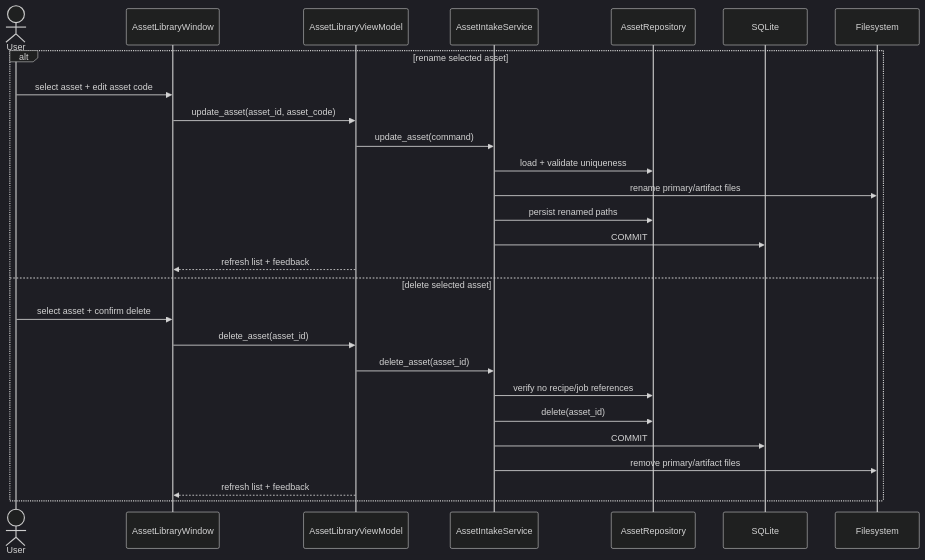
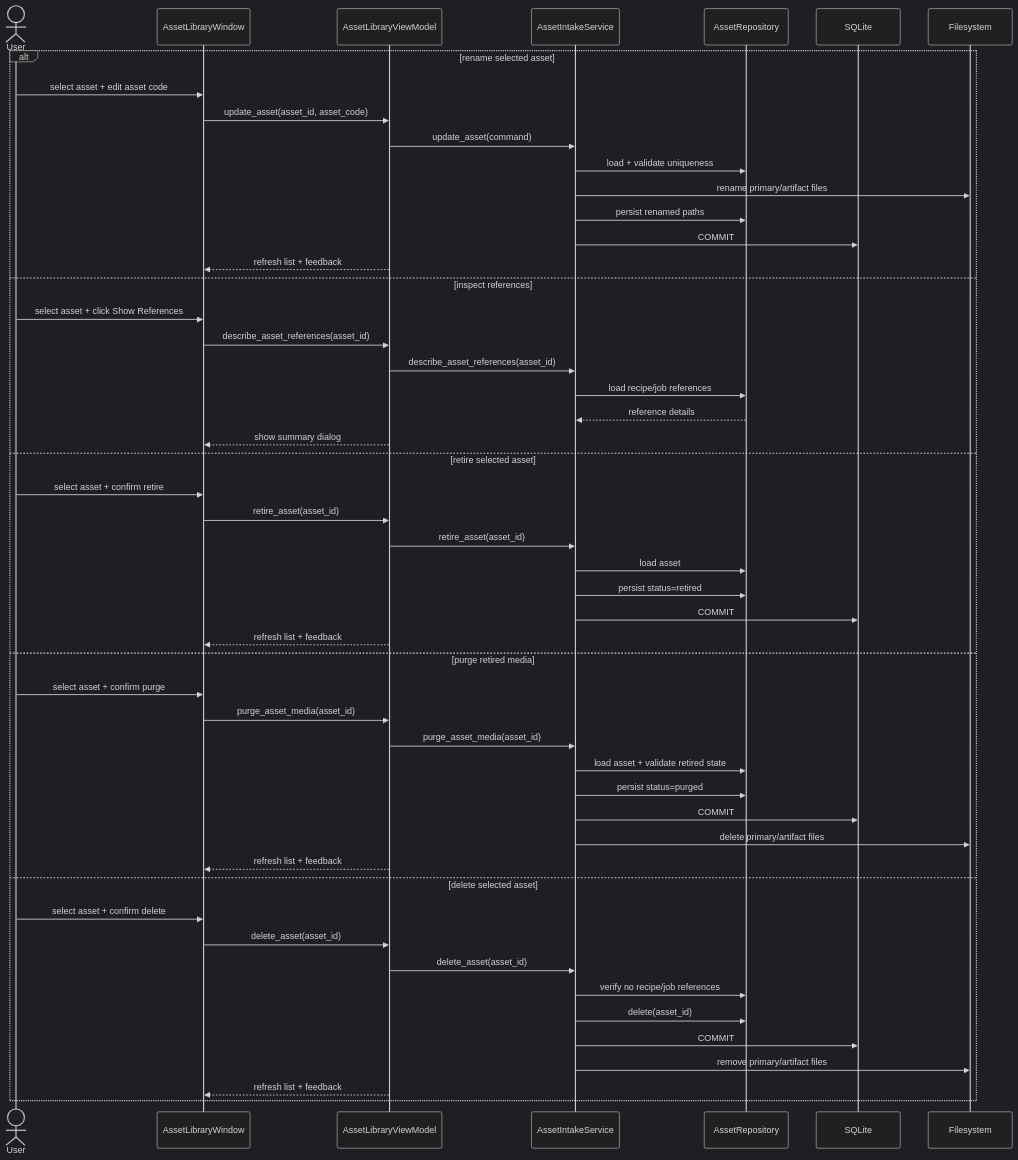
Before and after one commit to idev006/MTClipFactory: the fourth of 17 diagrams in doc/10_UML_System_Overview.md, drawn with Mermaid (dark theme). The commit also changed other lines of this file and 16 other files, not shown here.

Commit message:
Add asset lifecycle retire and purge workflow

````diff
--- a/doc/10_UML_System_Overview.md
+++ b/doc/10_UML_System_Overview.md
@@ -393,30 +402,54 @@
 ```mermaid
 sequenceDiagram
     actor User
     participant View as AssetLibraryWindow
     participant VM as AssetLibraryViewModel
     participant Intake as AssetIntakeService
     participant AssetRepo as AssetRepository
     participant DB as SQLite
     participant FS as Filesystem
 
     alt rename selected asset
         User->>View: select asset + edit asset code
         View->>VM: update_asset(asset_id, asset_code)
         VM->>Intake: update_asset(command)
         Intake->>AssetRepo: load + validate uniqueness
         Intake->>FS: rename primary/artifact files
         Intake->>AssetRepo: persist renamed paths
         Intake->>DB: COMMIT
         VM-->>View: refresh list + feedback
+    else inspect references
+        User->>View: select asset + click Show References
+        View->>VM: describe_asset_references(asset_id)
+        VM->>Intake: describe_asset_references(asset_id)
+        Intake->>AssetRepo: load recipe/job references
+        AssetRepo-->>Intake: reference details
+        VM-->>View: show summary dialog
+    else retire selected asset
+        User->>View: select asset + confirm retire
+        View->>VM: retire_asset(asset_id)
+        VM->>Intake: retire_asset(asset_id)
+        Intake->>AssetRepo: load asset
+        Intake->>AssetRepo: persist status=retired
+        Intake->>DB: COMMIT
+        VM-->>View: refresh list + feedback
+    else purge retired media
+        User->>View: select asset + confirm purge
+        View->>VM: purge_asset_media(asset_id)
+        VM->>Intake: purge_asset_media(asset_id)
+        Intake->>AssetRepo: load asset + validate retired state
+        Intake->>AssetRepo: persist status=purged
+        Intake->>DB: COMMIT
+        Intake->>FS: delete primary/artifact files
+        VM-->>View: refresh list + feedback
     else delete selected asset
         User->>View: select asset + confirm delete
         View->>VM: delete_asset(asset_id)
         VM->>Intake: delete_asset(asset_id)
         Intake->>AssetRepo: verify no recipe/job references
         Intake->>AssetRepo: delete(asset_id)
         Intake->>DB: COMMIT
         Intake->>FS: remove primary/artifact files
         VM-->>View: refresh list + feedback
     end
 ```
````
